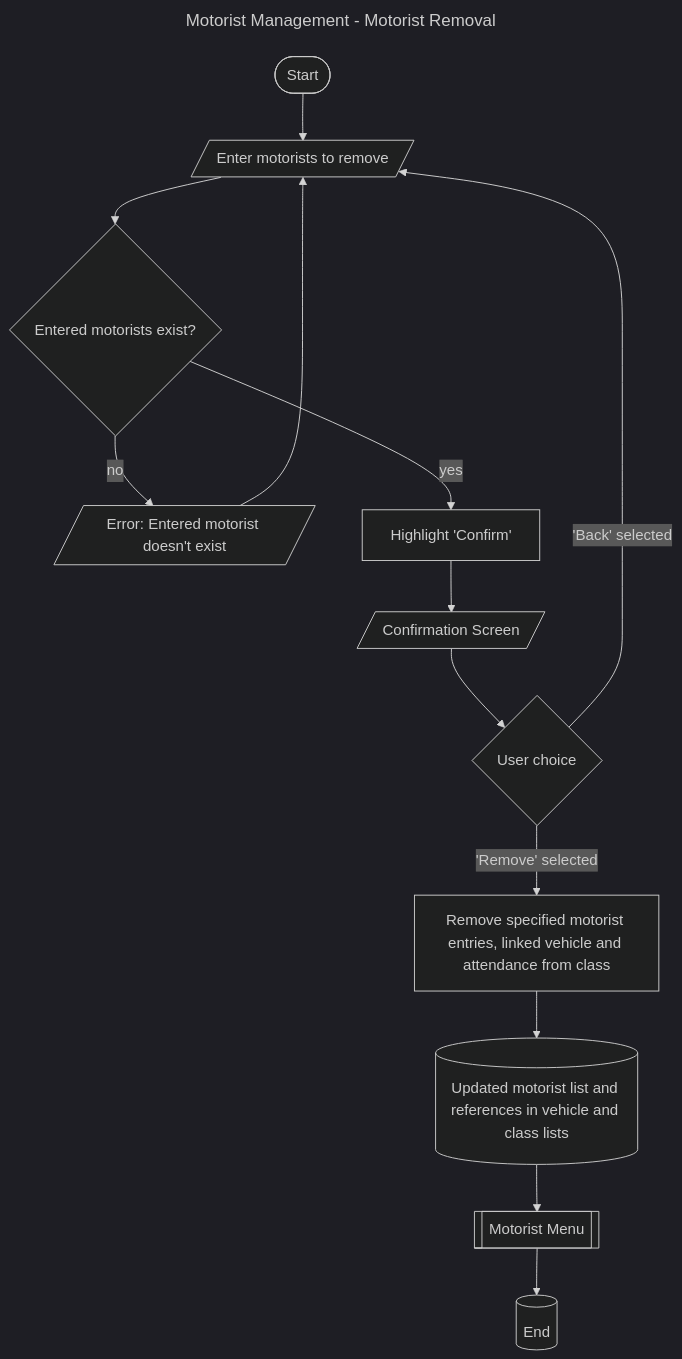
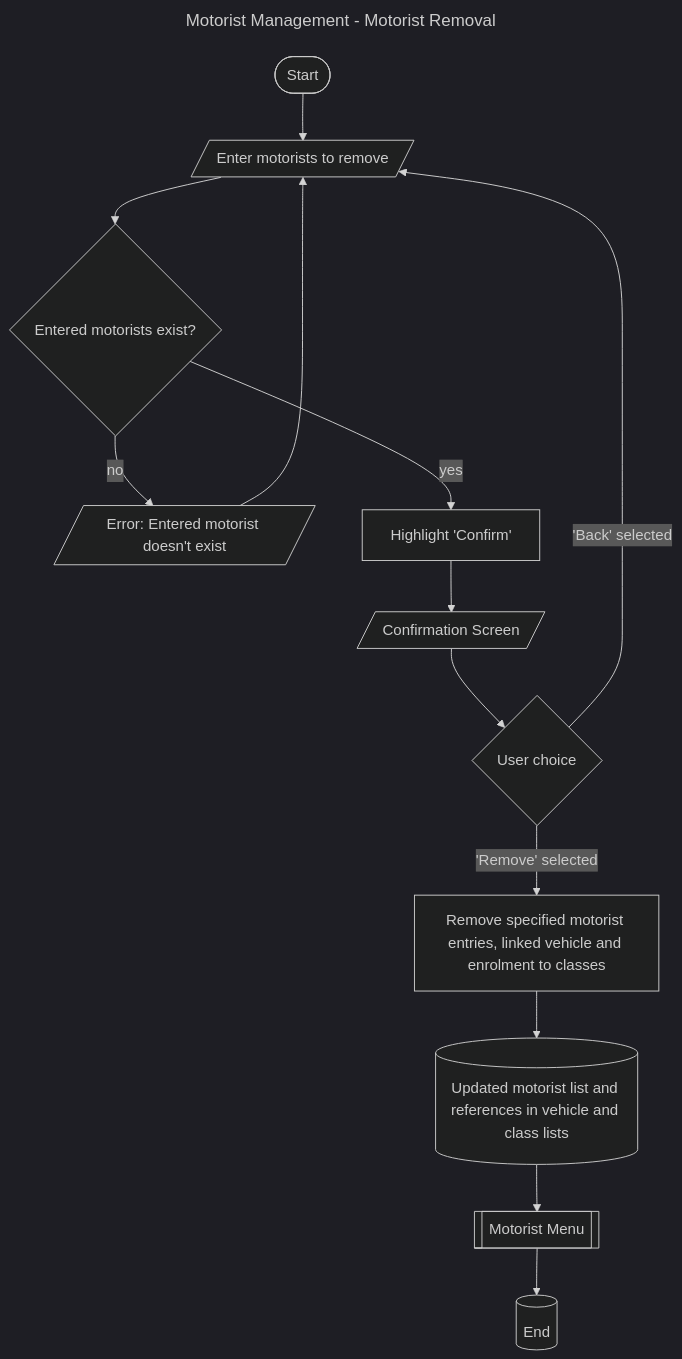
Diagram 19 of 27 in DEVELOPMENT.md (c3zbucket/advancedprogramming-project), drawn with Mermaid (dark theme) before and after one commit. The commit also changed other lines of this file and 1 other file, not shown here.

First line of the commit message:
2026-04-06 19:06:06: Amend devdiary with user flowcharts

````diff
--- a/DEVELOPMENT.md
+++ b/DEVELOPMENT.md
@@ -687,16 +720,16 @@
 ```mermaid
 ---
 title: Motorist Management - Motorist Removal
 ---
 flowchart TD
 start([Start])
  --> del[/Enter motorists to remove/]
 		del --> exist2{Entered motorists exist?}
 			exist2 -- no --> error[/Error: Entered motorist doesn't exist/] --> del
 			exist2 -- yes --> enable2[Highlight 'Confirm']
 				enable2 --> confirm[/Confirmation Screen/]
 					confirm --> prompt2{User choice}
 						prompt2 -- 'Back' selected --> del
-						prompt2 -- 'Remove' selected --> remove[Remove specified motorist entries, linked vehicle and attendance from class] 
+						prompt2 -- 'Remove' selected --> remove[Remove specified motorist entries, linked vehicle and enrolment to classes] 
 						--> db3[(Updated motorist list and references in vehicle and class lists)] --> return[[Motorist Menu]] --> finish[(End)]
 ```
````
